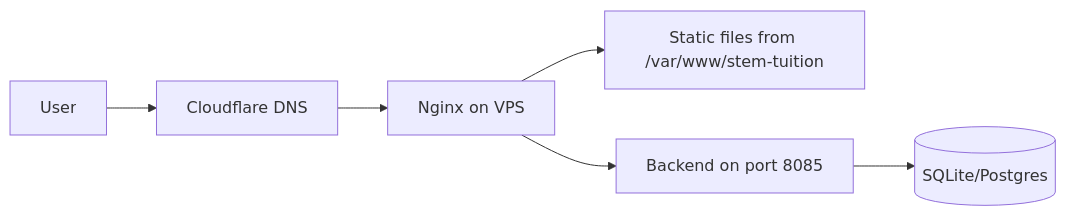
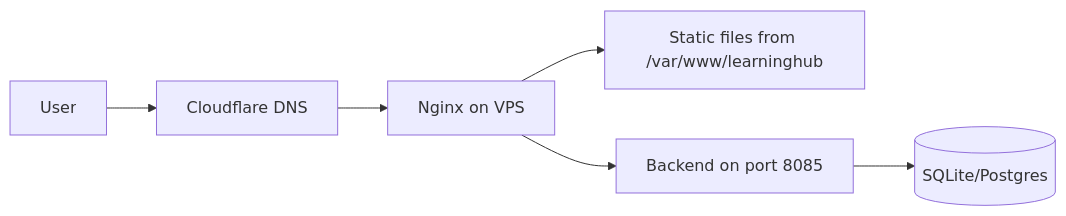
One commit to STEMORG2026/LearningHub changed the diagram in docs/guides/DEPLOYMENT.md. Above: the diagram before and after it, drawn with Mermaid. The commit also changed other lines of this file and 4 other files, not shown here.

````diff
--- a/docs/guides/DEPLOYMENT.md
+++ b/docs/guides/DEPLOYMENT.md
@@ -116,8 +116,8 @@
 ```mermaid
 flowchart LR
     USER[User] --> DNS[Cloudflare DNS]
     DNS --> NGINX[Nginx on VPS]
-    NGINX --> STATIC[Static files from /var/www/stem-tuition]
+    NGINX --> STATIC[Static files from /var/www/learninghub]
     NGINX --> API[Backend on port 8085]
     API --> DB[(SQLite/Postgres)]
 ```
````
